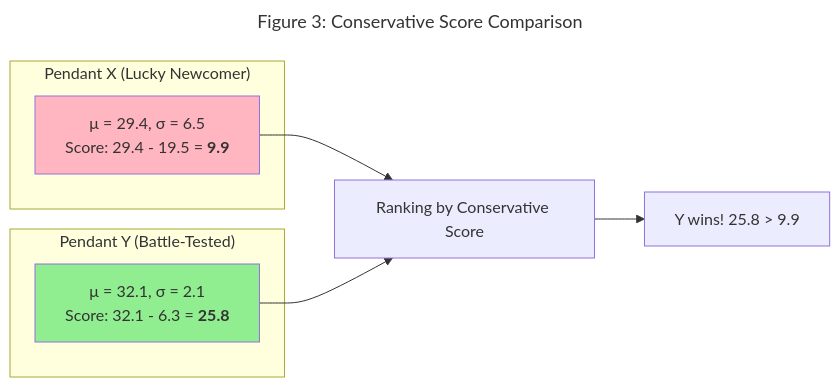
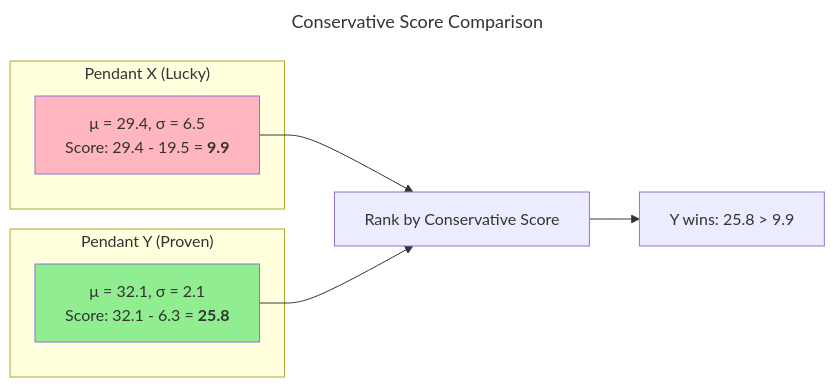
Before and after one commit to 5mehulhelp5/product_picker: the third of 4 diagrams in blog/part2-trueskill-demystified.md, drawn with Mermaid. The commit also changed other lines of this file and 2 other files, not shown here.

````diff
--- a/blog/part2-trueskill-demystified.md
+++ b/blog/part2-trueskill-demystified.md
@@ -168,20 +137,20 @@
 ```mermaid
 ---
-title: "Figure 3: Conservative Score Comparison"
+title: "Conservative Score Comparison"
 ---
 graph LR
-    subgraph Lucky["Pendant X (Lucky Newcomer)"]
+    subgraph Lucky["Pendant X (Lucky)"]
         X["μ = 29.4, σ = 6.5<br/>Score: 29.4 - 19.5 = <b>9.9</b>"]
     end
     
-    subgraph Proven["Pendant Y (Battle-Tested)"]
+    subgraph Proven["Pendant Y (Proven)"]
         Y["μ = 32.1, σ = 2.1<br/>Score: 32.1 - 6.3 = <b>25.8</b>"]
     end
     
-    X --> R["Ranking by Conservative Score"]
+    X --> R["Rank by Conservative Score"]
     Y --> R
-    R --> W["Y wins! 25.8 > 9.9"]
+    R --> W["Y wins: 25.8 > 9.9"]
     
     style Y fill:#90EE90
     style X fill:#FFB6C1
 ```
````
